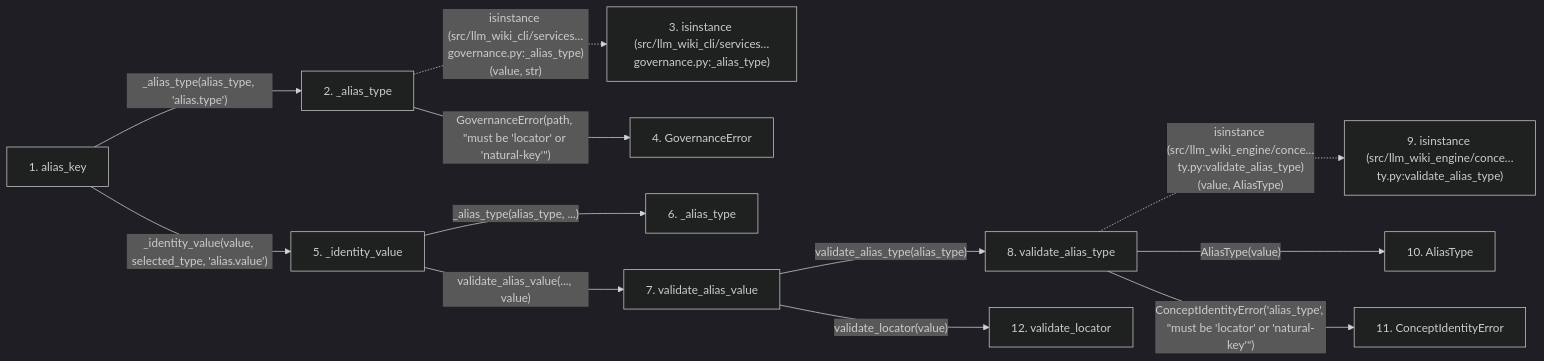
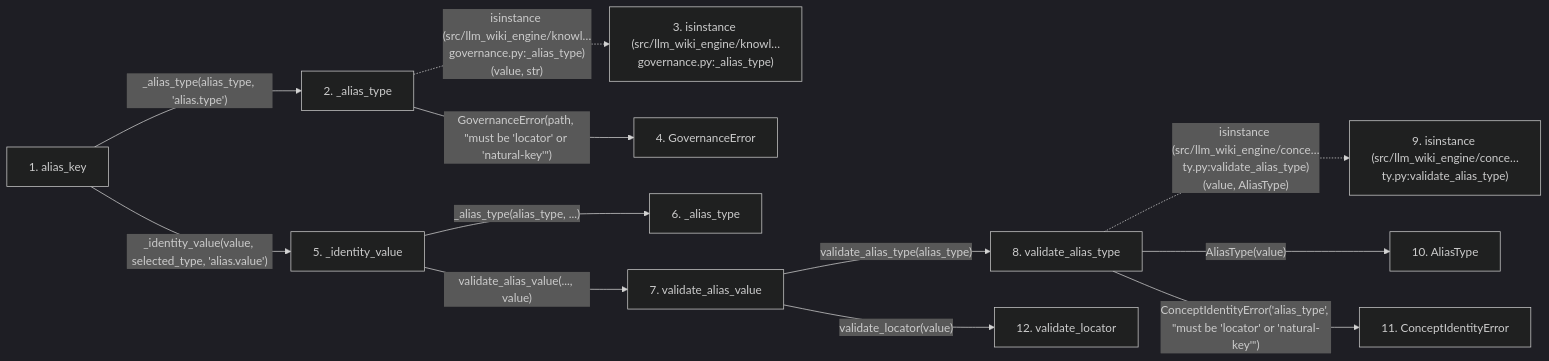
One commit to Denissvgn/python-wiki-llm changed the second of 2 diagrams in docs/llm_wiki/flows/api-alias_key.md. Above: the diagram before and after it, drawn with Mermaid (dark theme). The commit also changed other lines of this file and 1058 other files, not shown here.

````diff
--- a/docs/llm_wiki/flows/api-alias_key.md
+++ b/docs/llm_wiki/flows/api-alias_key.md
@@ -128,36 +128,36 @@
 ```mermaid
 flowchart LR
     s1["1. alias_key"]
     s2["2. _alias_type"]
-    s3["3. isinstance (src/llm_wiki_cli/services…governance.py:_alias_type)"]
+    s3["3. isinstance (src/llm_wiki_engine/knowl…governance.py:_alias_type)"]
     s4["4. GovernanceError"]
     s5["5. _identity_value"]
     s6["6. _alias_type"]
     s7["7. validate_alias_value"]
     s8["8. validate_alias_type"]
     s9["9. isinstance (src/llm_wiki_engine/conce…ty.py:validate_alias_type)"]
     s10["10. AliasType"]
     s11["11. ConceptIdentityError"]
     s12["12. validate_locator"]
     s1 -->|"_alias_type(alias_type, 'alias.type')"| s2
-    s2 -. "isinstance (src/llm_wiki_cli/services…governance.py:_alias_type)(value, str)" .-> s3
+    s2 -. "isinstance (src/llm_wiki_engine/knowl…governance.py:_alias_type)(value, str)" .-> s3
     s2 -->|"GovernanceError(path, #34;must be 'locator' or 'natural-key'#34;)"| s4
     s1 -->|"_identity_value(value, selected_type, 'alias.value')"| s5
     s5 -->|"_alias_type(alias_type, ...)"| s6
     s5 -->|"validate_alias_value(..., value)"| s7
     s7 -->|"validate_alias_type(alias_type)"| s8
     s8 -. "isinstance (src/llm_wiki_engine/conce…ty.py:validate_alias_type)(value, AliasType)" .-> s9
     s8 -->|"AliasType(value)"| s10
     s8 -->|"ConceptIdentityError('alias_type', #34;must be 'locator' or 'natural-key'#34;)"| s11
     s7 -->|"validate_locator(value)"| s12
     click s1 "../modules/knowledge_governance.md"
     click s2 "../modules/knowledge_governance.md"
     click s4 "../modules/knowledge_governance.md"
     click s5 "../modules/knowledge_governance.md"
     click s6 "../modules/knowledge_governance.md"
     click s7 "../modules/concept_identity.md"
     click s8 "../modules/concept_identity.md"
     click s10 "../modules/concept_identity.md"
     click s11 "../modules/concept_identity.md"
     click s12 "../modules/concept_identity.md"
 ```
````
